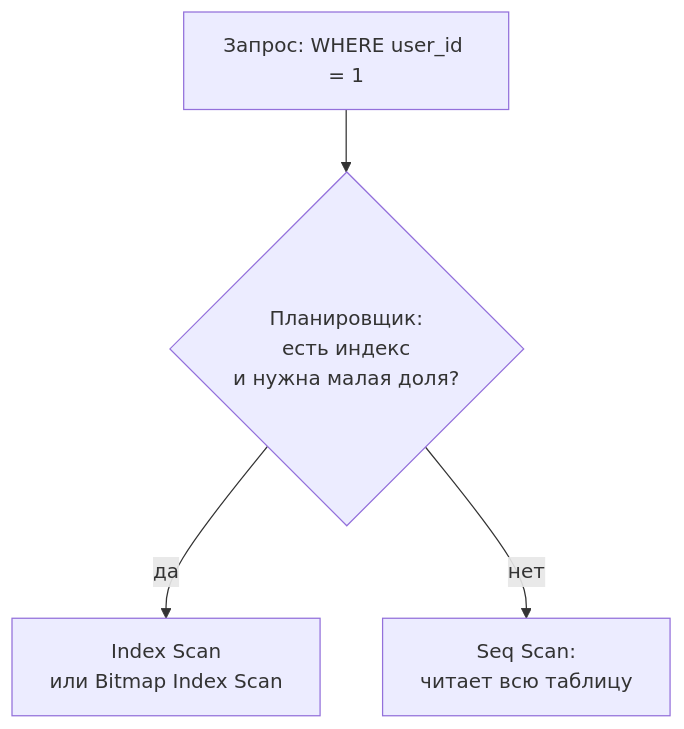
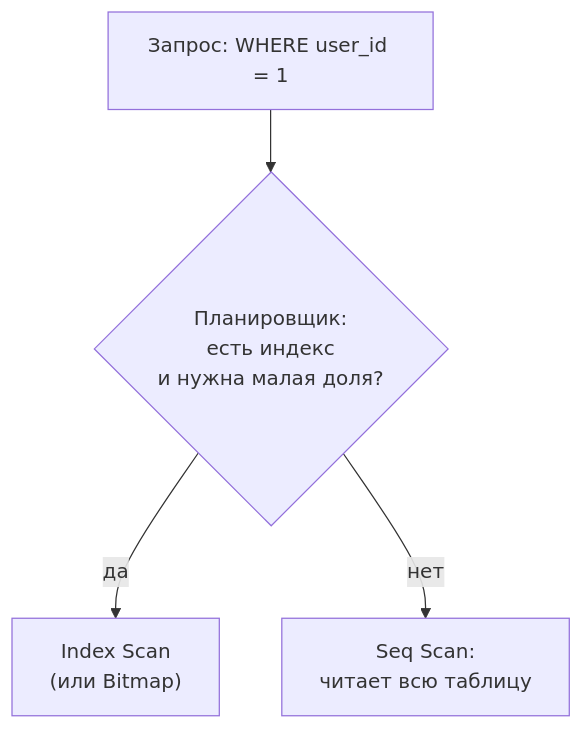
Before and after one commit to distinguished-sre/learning: the second of 2 diagrams in load-tester/02-web/04-sql-basics.md, drawn with Mermaid. The commit also changed other lines of this file and 462 other files, not shown here.

````diff
--- a/load-tester/02-web/04-sql-basics.md
+++ b/load-tester/02-web/04-sql-basics.md
@@ -250,6 +284,6 @@
 ```mermaid
 flowchart TD
     Q["Запрос: WHERE user_id = 1"] --> P{"Планировщик:<br/>есть индекс<br/>и нужна малая доля?"}
-    P -->|"да"| I["Index Scan<br/>или Bitmap Index Scan"]
+    P -->|"да"| I["Index Scan<br/>(или Bitmap)"]
     P -->|"нет"| S["Seq Scan:<br/>читает всю таблицу"]
 ```
````
